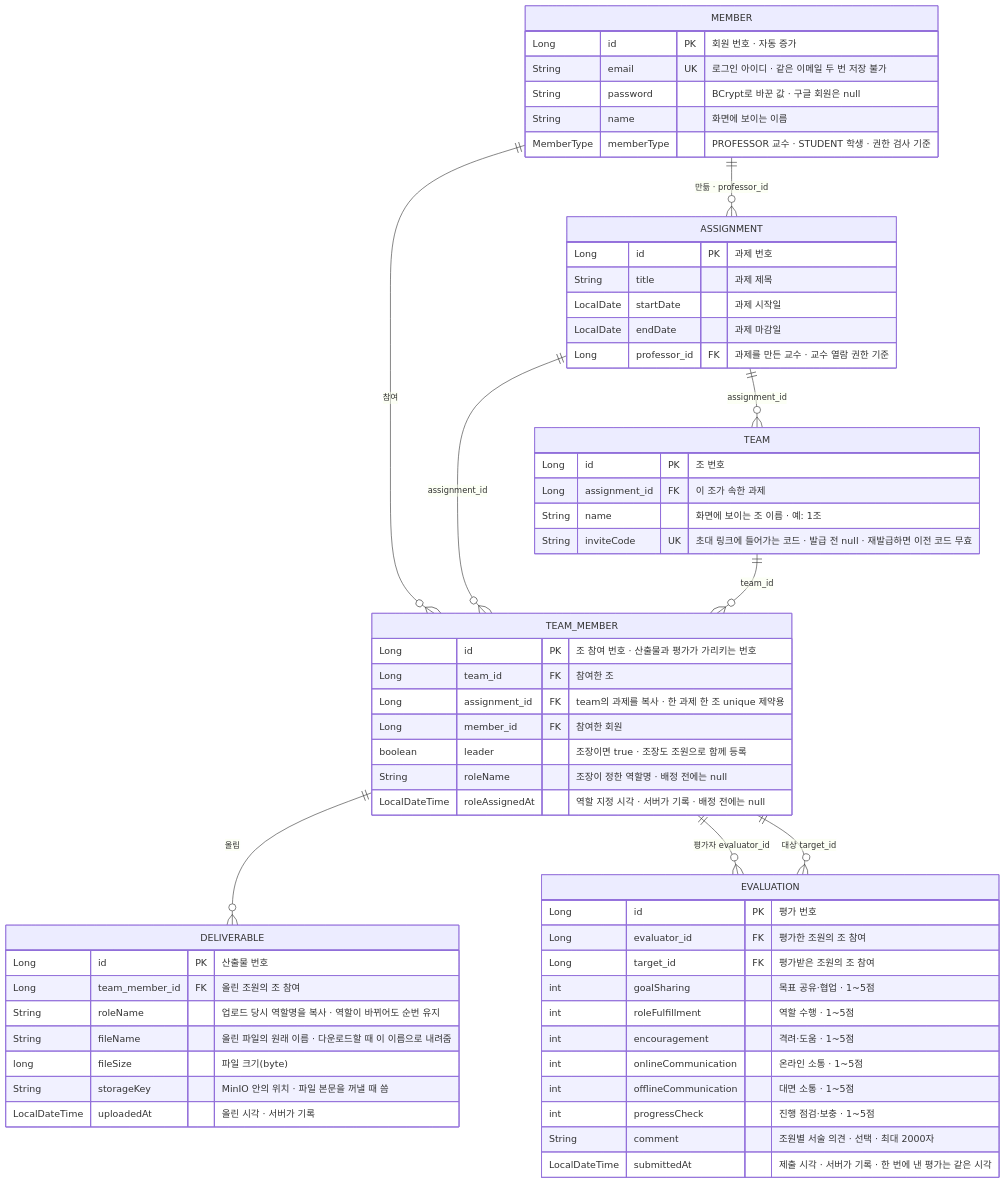
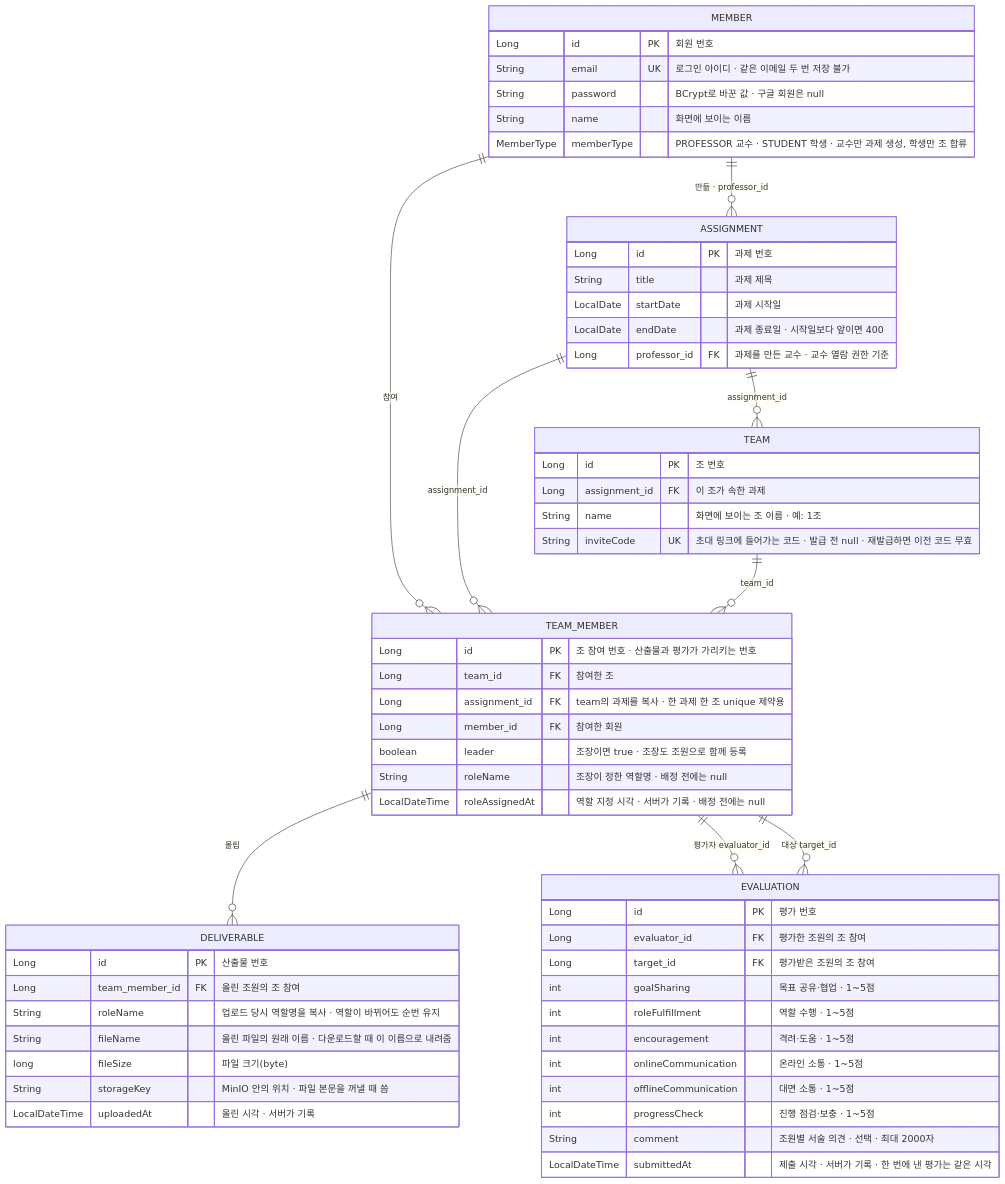
Before and after one commit to Pyrite9/footprint-demo: the sixth of 6 diagrams in docs/architecture.md, drawn with Mermaid. The commit also changed other lines of this file and 1 other file, not shown here.

Commit message:
docs: align ERD remarks with code and screen wording

````diff
--- a/docs/architecture.md
+++ b/docs/architecture.md
@@ -200,63 +200,63 @@
 ```mermaid
 erDiagram
     MEMBER ||--o{ ASSIGNMENT : "만듦 · professor_id"
     MEMBER ||--o{ TEAM_MEMBER : "참여"
     ASSIGNMENT ||--o{ TEAM : "assignment_id"
     ASSIGNMENT ||--o{ TEAM_MEMBER : "assignment_id"
     TEAM ||--o{ TEAM_MEMBER : "team_id"
     TEAM_MEMBER ||--o{ DELIVERABLE : "올림"
     TEAM_MEMBER ||--o{ EVALUATION : "평가자 evaluator_id"
     TEAM_MEMBER ||--o{ EVALUATION : "대상 target_id"
 
     MEMBER {
-        Long id PK "회원 번호 · 자동 증가"
+        Long id PK "회원 번호"
         String email UK "로그인 아이디 · 같은 이메일 두 번 저장 불가"
         String password "BCrypt로 바꾼 값 · 구글 회원은 null"
         String name "화면에 보이는 이름"
-        MemberType memberType "PROFESSOR 교수 · STUDENT 학생 · 권한 검사 기준"
+        MemberType memberType "PROFESSOR 교수 · STUDENT 학생 · 교수만 과제 생성, 학생만 조 합류"
     }
     ASSIGNMENT {
         Long id PK "과제 번호"
         String title "과제 제목"
         LocalDate startDate "과제 시작일"
-        LocalDate endDate "과제 마감일"
+        LocalDate endDate "과제 종료일 · 시작일보다 앞이면 400"
         Long professor_id FK "과제를 만든 교수 · 교수 열람 권한 기준"
     }
     TEAM {
         Long id PK "조 번호"
         Long assignment_id FK "이 조가 속한 과제"
         String name "화면에 보이는 조 이름 · 예: 1조"
         String inviteCode UK "초대 링크에 들어가는 코드 · 발급 전 null · 재발급하면 이전 코드 무효"
     }
     TEAM_MEMBER {
         Long id PK "조 참여 번호 · 산출물과 평가가 가리키는 번호"
         Long team_id FK "참여한 조"
         Long assignment_id FK "team의 과제를 복사 · 한 과제 한 조 unique 제약용"
         Long member_id FK "참여한 회원"
         boolean leader "조장이면 true · 조장도 조원으로 함께 등록"
         String roleName "조장이 정한 역할명 · 배정 전에는 null"
         LocalDateTime roleAssignedAt "역할 지정 시각 · 서버가 기록 · 배정 전에는 null"
     }
     DELIVERABLE {
         Long id PK "산출물 번호"
         Long team_member_id FK "올린 조원의 조 참여"
         String roleName "업로드 당시 역할명을 복사 · 역할이 바뀌어도 순번 유지"
         String fileName "올린 파일의 원래 이름 · 다운로드할 때 이 이름으로 내려줌"
         long fileSize "파일 크기(byte)"
         String storageKey "MinIO 안의 위치 · 파일 본문을 꺼낼 때 씀"
         LocalDateTime uploadedAt "올린 시각 · 서버가 기록"
     }
     EVALUATION {
         Long id PK "평가 번호"
         Long evaluator_id FK "평가한 조원의 조 참여"
         Long target_id FK "평가받은 조원의 조 참여"
         int goalSharing "목표 공유·협업 · 1~5점"
         int roleFulfillment "역할 수행 · 1~5점"
         int encouragement "격려·도움 · 1~5점"
         int onlineCommunication "온라인 소통 · 1~5점"
         int offlineCommunication "대면 소통 · 1~5점"
         int progressCheck "진행 점검·보충 · 1~5점"
         String comment "조원별 서술 의견 · 선택 · 최대 2000자"
         LocalDateTime submittedAt "제출 시각 · 서버가 기록 · 한 번에 낸 평가는 같은 시각"
     }
 ```
````
